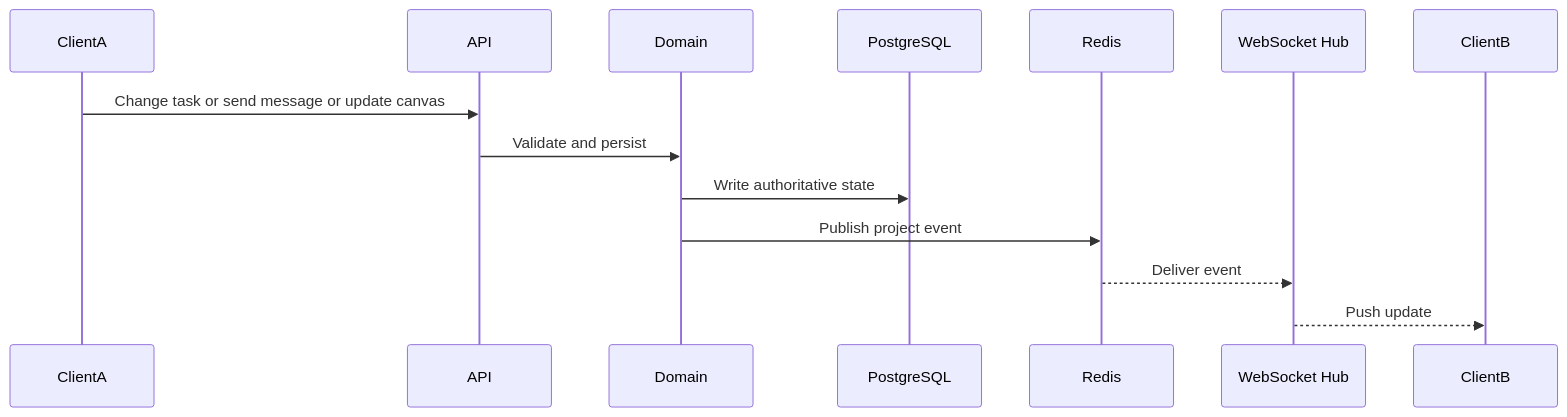
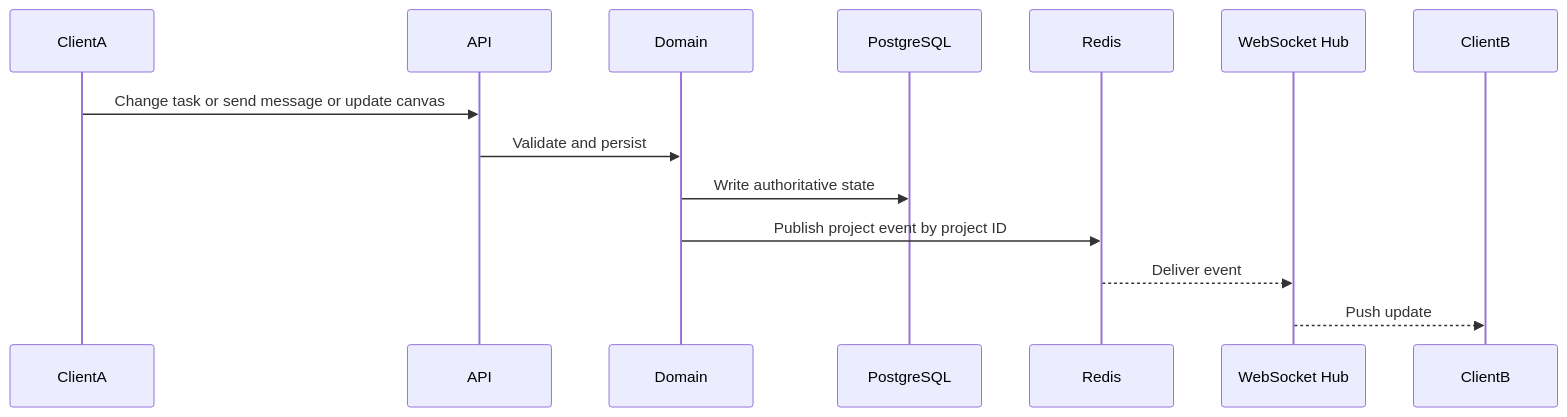
Before and after one commit to advxolltm/stride: the fourth of 7 diagrams in docs/architecture/Architecture.md, drawn with Mermaid. The commit also changed other lines of this file and 5 other files, not shown here.

Commit message:
feat: Architecture update ref #128

````diff
--- a/docs/architecture/Architecture.md
+++ b/docs/architecture/Architecture.md
@@ -182,17 +200,17 @@
 ```mermaid
 sequenceDiagram
     participant ClientA
     participant API
     participant Domain
     participant DB as PostgreSQL
     participant Redis
     participant Hub as WebSocket Hub
     participant ClientB
 
     ClientA->>API: Change task or send message or update canvas
     API->>Domain: Validate and persist
     Domain->>DB: Write authoritative state
-    Domain->>Redis: Publish project event
+    Domain->>Redis: Publish project event by project ID
     Redis-->>Hub: Deliver event
     Hub-->>ClientB: Push update
 ```
````
